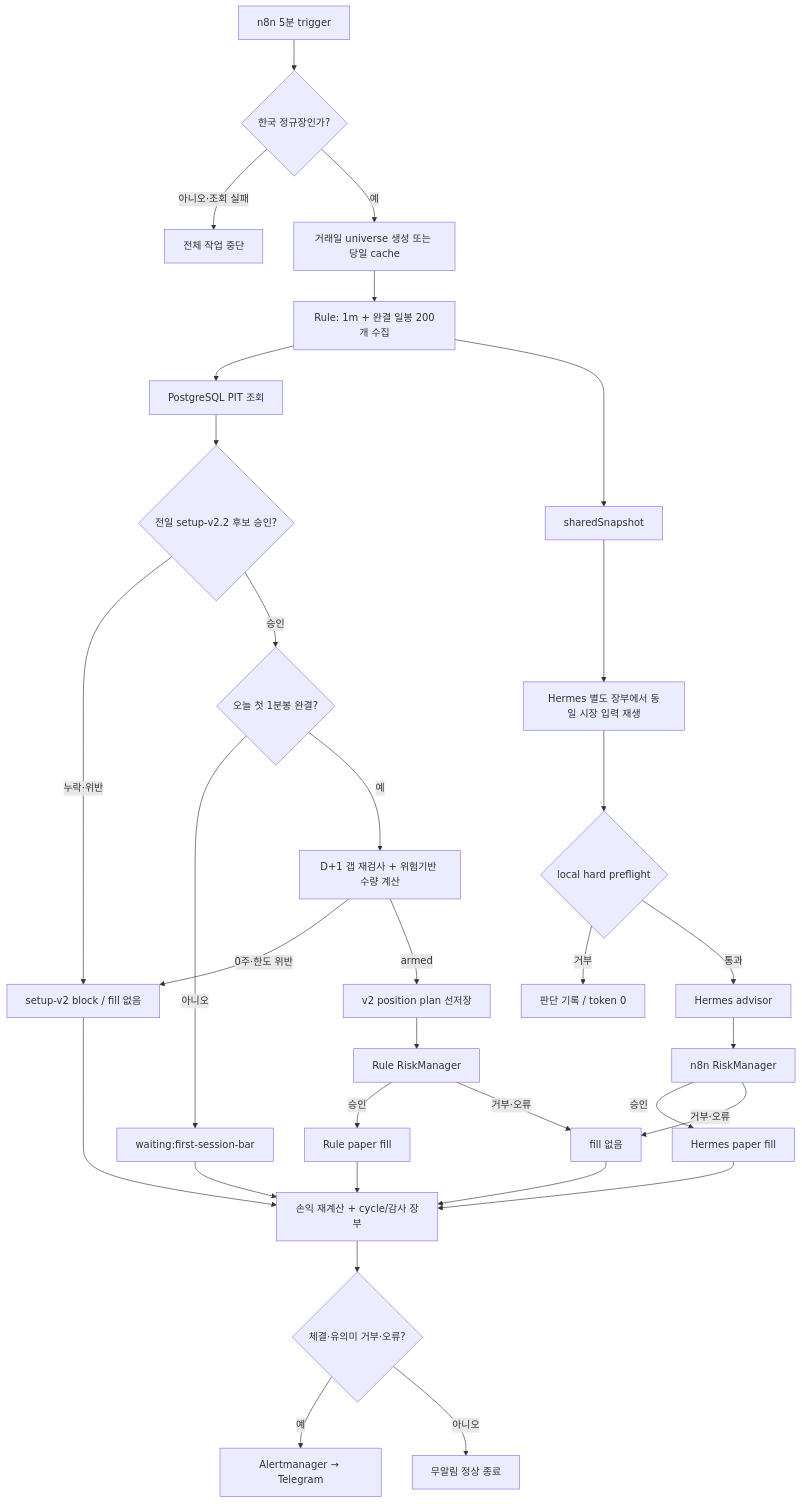
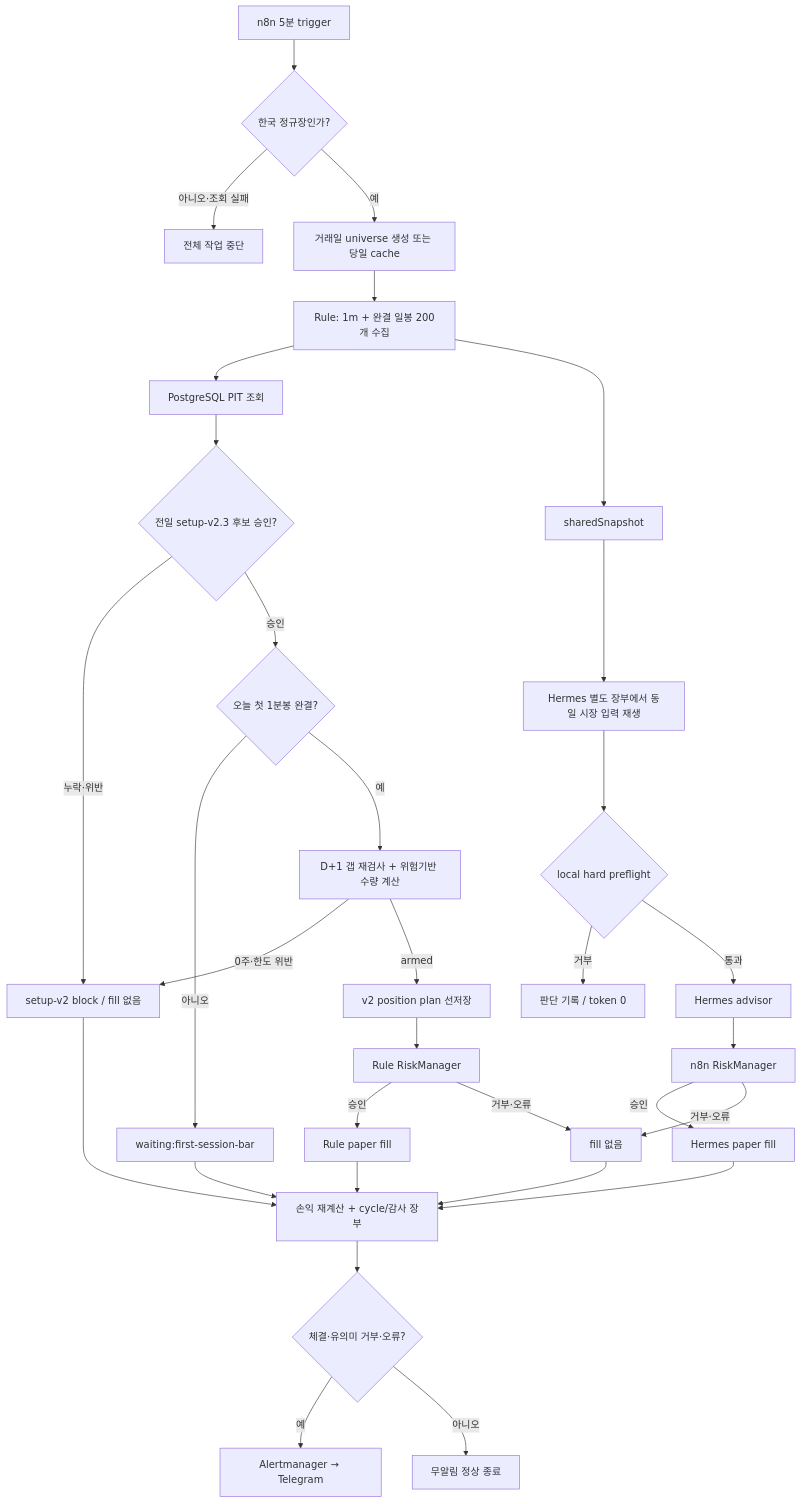
One commit to hunchulchoi/toss-trader changed the diagram in docs/paper-cycle-flow.md. Above: the diagram before and after it, drawn with Mermaid. The commit also changed other lines of this file and 18 other files, not shown here.

Commit message:
feat(strategy): make flow reversal a v2.3 bonus

````diff
--- a/docs/paper-cycle-flow.md
+++ b/docs/paper-cycle-flow.md
@@ -21,34 +21,34 @@
 ```mermaid
 flowchart TD
     N[n8n 5분 trigger] --> CAL{한국 정규장인가?}
     CAL -->|아니오·조회 실패| STOP[전체 작업 중단]
     CAL -->|예| U[거래일 universe 생성 또는 당일 cache]
     U --> S[Rule: 1m + 완결 일봉 200개 수집]
     S --> PIT[PostgreSQL PIT 조회]
-    PIT --> C{전일 setup-v2.2 후보 승인?}
+    PIT --> C{전일 setup-v2.3 후보 승인?}
     C -->|누락·위반| SKIP[setup-v2 block / fill 없음]
     C -->|승인| BAR{오늘 첫 1분봉 완결?}
     BAR -->|아니오| WAIT[waiting:first-session-bar]
     BAR -->|예| ARM[D+1 갭 재검사 + 위험기반 수량 계산]
     ARM -->|0주·한도 위반| SKIP
     ARM -->|armed| PLAN[v2 position plan 선저장]
     PLAN --> RR[Rule RiskManager]
     RR -->|승인| RF[Rule paper fill]
     RR -->|거부·오류| NF[fill 없음]
     S --> SHARE[sharedSnapshot]
     SHARE --> H[Hermes 별도 장부에서 동일 시장 입력 재생]
     H --> PRE{local hard preflight}
     PRE -->|거부| HD[판단 기록 / token 0]
     PRE -->|통과| ADV[Hermes advisor]
     ADV --> HR[n8n RiskManager]
     HR -->|승인| HF[Hermes paper fill]
     HR -->|거부·오류| NF
     RF --> LEDGER[손익 재계산 + cycle/감사 장부]
     HF --> LEDGER
     SKIP --> LEDGER
     WAIT --> LEDGER
     NF --> LEDGER
     LEDGER --> NOTICE{체결·유의미 거부·오류?}
     NOTICE -->|예| TG[Alertmanager → Telegram]
     NOTICE -->|아니오| QUIET[무알림 정상 종료]
 ```
````
